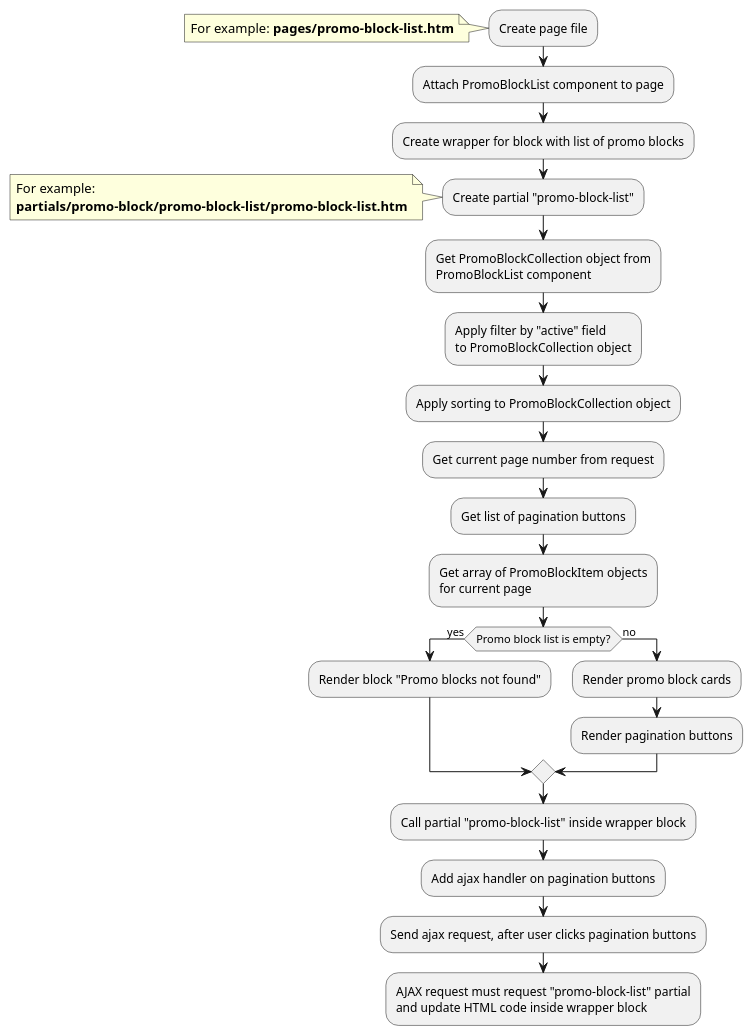
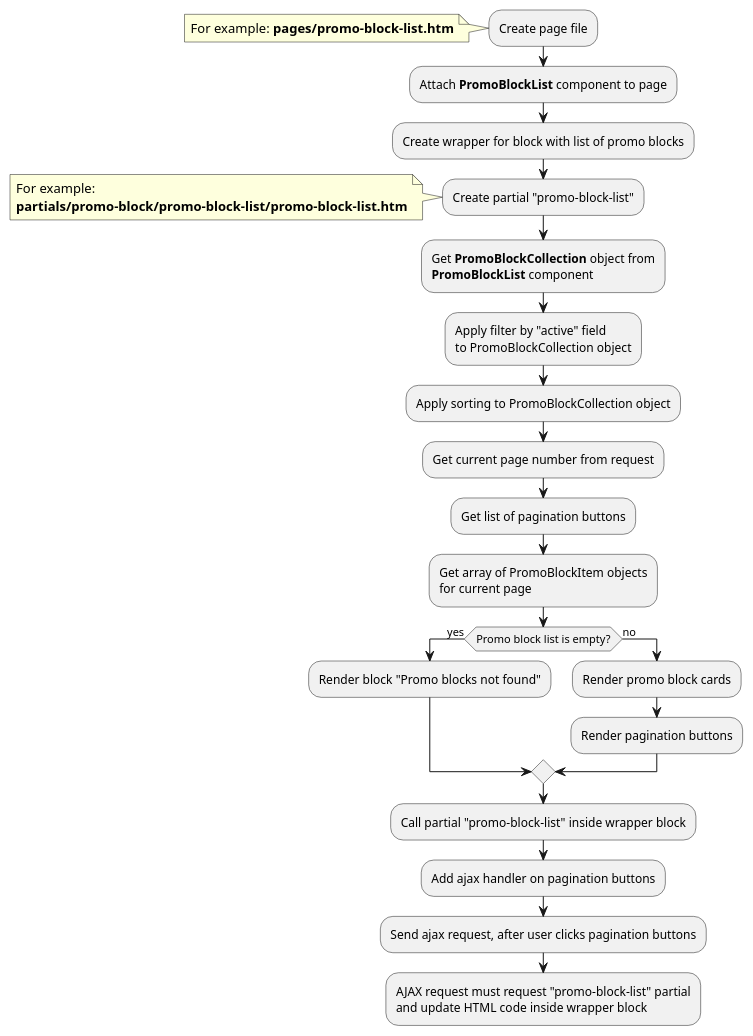
Before and after one commit to oc-shopaholic/oc-shopaholic-docs: the third of 3 diagrams in modules/promo-block/examples.md, drawn with PlantUML. The commit also changed other lines of this file and 7 other files, not shown here.

Commit message:
Refactoring examples in promo-block section

````diff
--- a/modules/promo-block/examples.md
+++ b/modules/promo-block/examples.md
@@ -140,35 +111,35 @@
 ```plantuml
 @startuml
 :Create page file;
 note left
     For example: **pages/promo-block-list.htm**
 end note
-:Attach PromoBlockList component to page;
+:Attach **PromoBlockList** component to page;
 :Create wrapper for block with list of promo blocks;
 :Create partial "promo-block-list";
 note left
     For example:
     **partials/promo-block/promo-block-list/promo-block-list.htm**
 end note
-:Get PromoBlockCollection object from
-PromoBlockList component;
+:Get **PromoBlockCollection** object from
+**PromoBlockList** component;
 :Apply filter by "active" field
 to PromoBlockCollection object;
 :Apply sorting to PromoBlockCollection object;
 :Get current page number from request;
 :Get list of pagination buttons;
 :Get array of PromoBlockItem objects
 for current page;
 if (Promo block list is empty?) then (yes)
     :Render block "Promo blocks not found";
 else (no)
     :Render promo block cards;
     :Render pagination buttons;
 endif
 :Call partial "promo-block-list" inside wrapper block;
 :Add ajax handler on pagination buttons;
 :Send ajax request, after user clicks pagination buttons;
 :AJAX request must request "promo-block-list" partial
 and update HTML code inside wrapper block;
 @enduml
 ```
````
